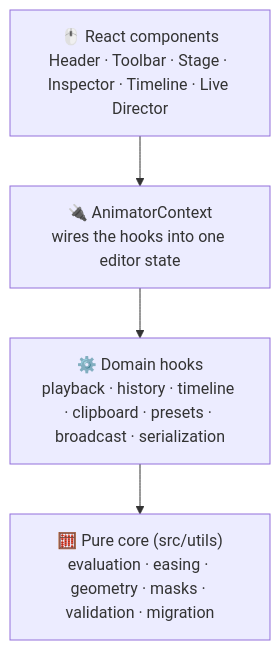
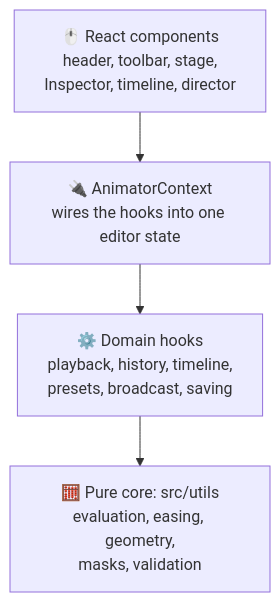
The second of 4 diagrams in README.md (ErtugrulAK/keyframe-character-studio), drawn with Mermaid before and after one commit. The commit also changed other lines of this file, not shown here.

Commit message:
docs(readme): shorter layer-diagram labels; readable pie legend in both themes

````diff
--- a/README.md
+++ b/README.md
@@ -64,8 +64,8 @@
 ```mermaid
 flowchart TB
-    UI["🖱️ React components<br/>Header · Toolbar · Stage · Inspector · Timeline · Live Director"]
+    UI["🖱️ React components<br/>header, toolbar, stage,<br/>Inspector, timeline, director"]
     CTX["🔌 AnimatorContext<br/>wires the hooks into one editor state"]
-    HOOKS["⚙️ Domain hooks<br/>playback · history · timeline · clipboard · presets · broadcast · serialization"]
-    CORE["🧮 Pure core (src/utils)<br/>evaluation · easing · geometry · masks · validation · migration"]
+    HOOKS["⚙️ Domain hooks<br/>playback, history, timeline,<br/>presets, broadcast, saving"]
+    CORE["🧮 Pure core: src/utils<br/>evaluation, easing, geometry,<br/>masks, validation"]
     UI --> CTX --> HOOKS --> CORE
 ```
````
